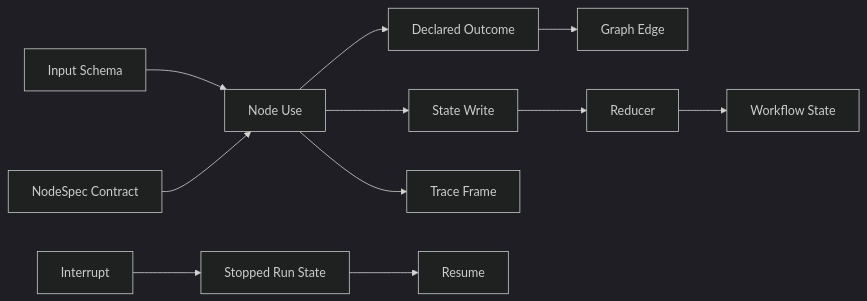
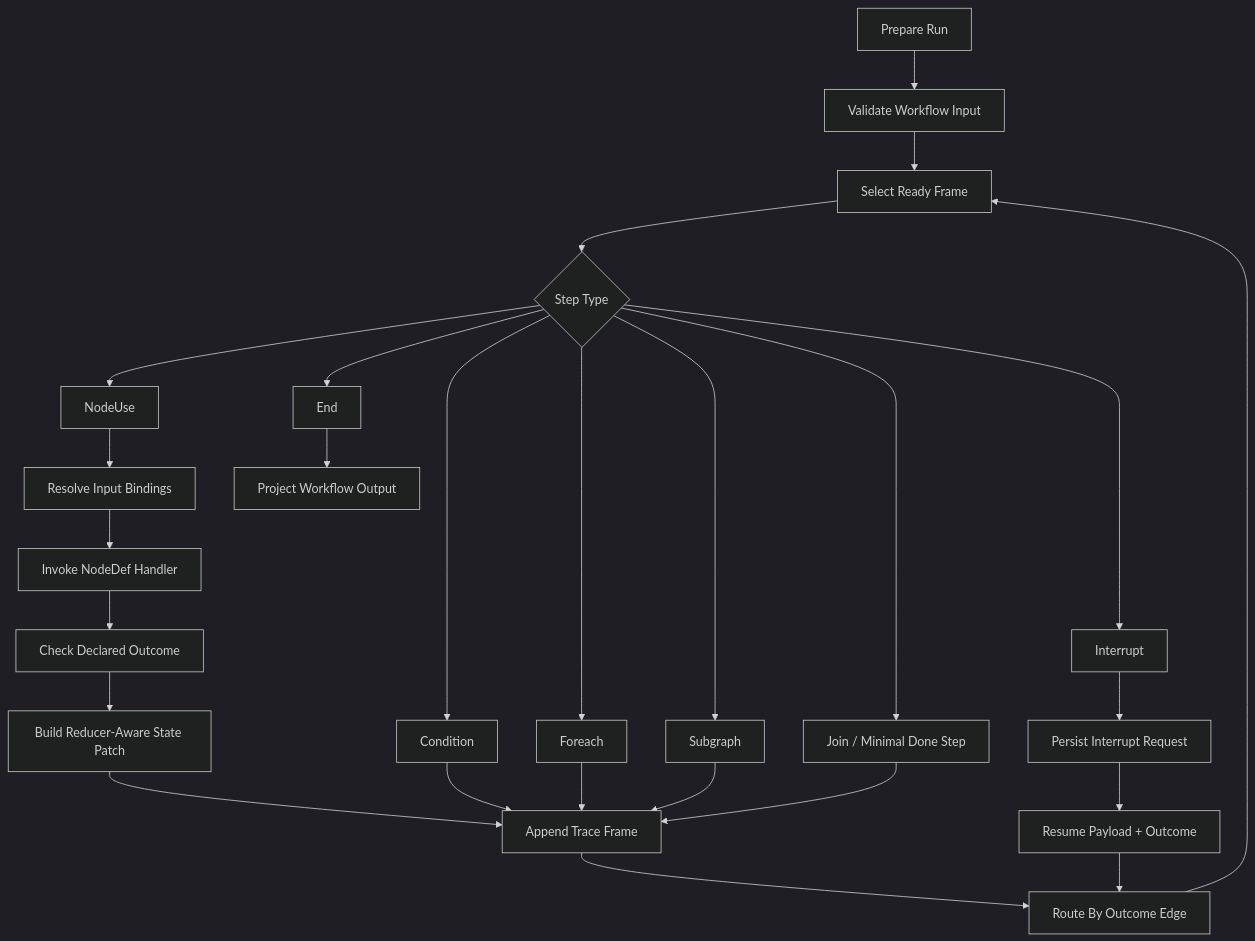
The fifth of 8 diagrams in docs/add/diagrams.md (ldlda/wf), drawn with Mermaid (dark theme) before and after one commit. The commit also changed other lines of this file and 1 other file, not shown here.

Commit message:
docs: harden thesis architecture and evidence claims

````diff
--- a/docs/add/diagrams.md
+++ b/docs/add/diagrams.md
@@ -56,13 +75,28 @@
 ```mermaid
-flowchart LR
-  Input[Input Schema] --> NodeUse[Node Use]
-  NodeSpec[NodeSpec Contract] --> NodeUse
-  NodeUse --> Outcome[Declared Outcome]
-  Outcome --> Edge[Graph Edge]
-  NodeUse --> StateWrite[State Write]
-  StateWrite --> Reducer[Reducer]
-  Reducer --> State[Workflow State]
-  NodeUse --> Trace[Trace Frame]
-  Interrupt[Interrupt] --> RunState[Stopped Run State]
-  RunState --> Resume[Resume]
+flowchart TD
+  Start[Prepare Run] --> ValidateInput[Validate Workflow Input]
+  ValidateInput --> Select[Select Ready Frame]
+  Select --> Step{Step Type}
+  Step --> Node[NodeUse]
+  Step --> Condition[Condition]
+  Step --> Foreach[Foreach]
+  Step --> Subgraph[Subgraph]
+  Step --> Interrupt[Interrupt]
+  Step --> Join[Join / Minimal Done Step]
+  Step --> End[End]
+  Node --> ResolveInput[Resolve Input Bindings]
+  ResolveInput --> Handler[Invoke NodeDef Handler]
+  Handler --> CheckOutcome[Check Declared Outcome]
+  CheckOutcome --> StatePatch[Build Reducer-Aware State Patch]
+  StatePatch --> Trace[Append Trace Frame]
+  Condition --> Trace
+  Foreach --> Trace
+  Subgraph --> Trace
+  Join --> Trace
+  Trace --> Route[Route By Outcome Edge]
+  Interrupt --> Stop[Persist Interrupt Request]
+  End --> Finalize[Project Workflow Output]
+  Route --> Select
+  Stop --> Resume[Resume Payload + Outcome]
+  Resume --> Route
 ```
````
